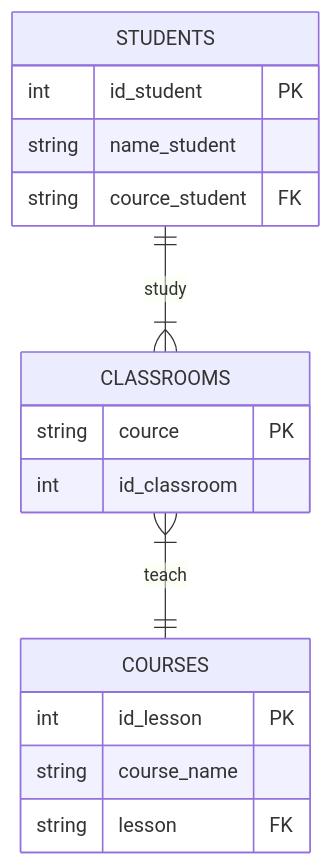
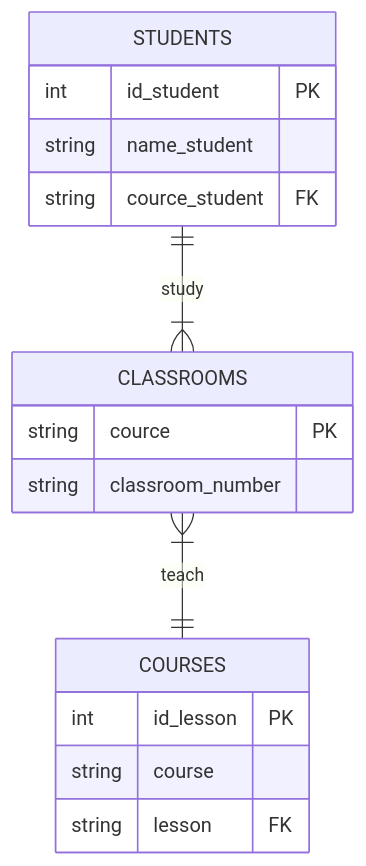
One commit to dmbiee/database-normalization changed the diagram in README.md. Above: the diagram before and after it, drawn with Mermaid. The commit also changed other lines of this file, not shown here.

````diff
--- a/README.md
+++ b/README.md
@@ -63,23 +63,23 @@
 ```mermaid
 erDiagram
 STUDENTS ||--|{ CLASSROOMS : study
 CLASSROOMS }|--|| COURSES : teach
 
 STUDENTS {
 int id_student PK
 string name_student
 string cource_student FK
 }
 
 CLASSROOMS {
 string cource PK
-int id_classroom 
+string classroom_number 
 }
 
 COURSES {
     int id_lesson PK
-    string course_name
+    string course
     string lesson FK
 }
 
 ```
````
